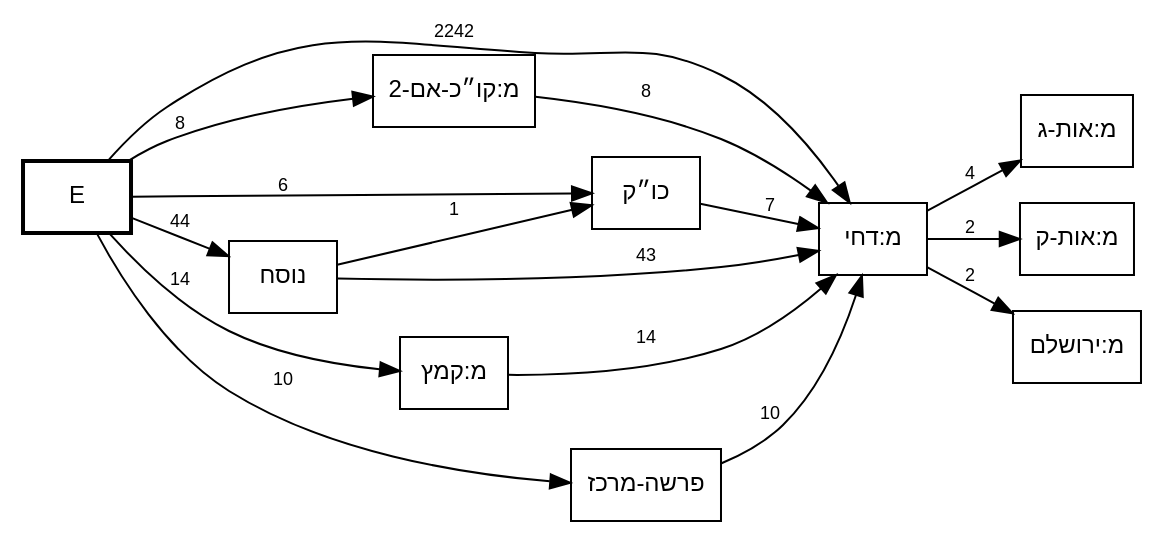
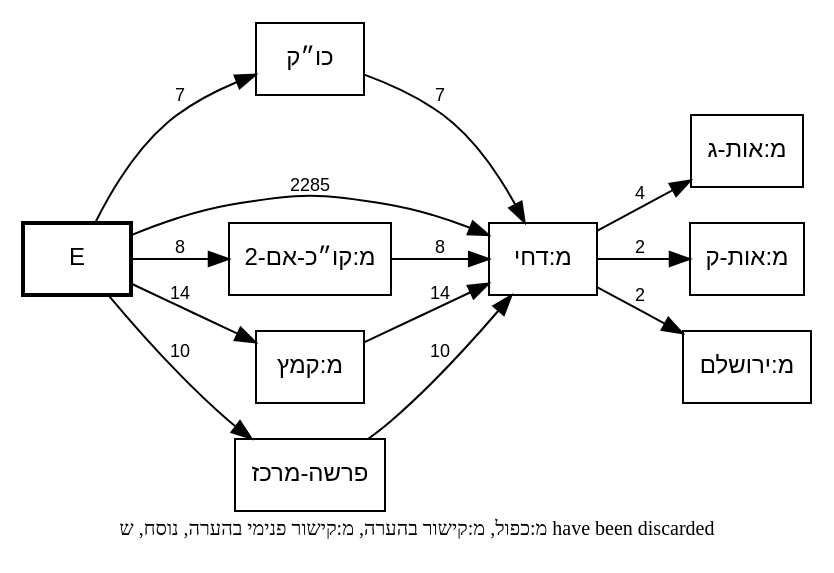
The diagram in out/MAM-tmpl-survey/plain-dchi-call-graph.dot (bdenckla/MAM-basics), drawn with Graphviz before and after one commit. The commit also changed 6 other files, not shown here.

First line of the commit message:
Refine focused template survey graphs: target-scoped counts + discard policy

```diff
--- a/out/MAM-tmpl-survey/plain-dchi-call-graph.dot
+++ b/out/MAM-tmpl-survey/plain-dchi-call-graph.dot
@@ -1,32 +1,32 @@
 // This file was generated by MAM-basics/py/main_tmpl_survey.py.
 // Do not edit by hand.
 digraph template_call_graph {
     rankdir=LR;
     node [fontname="SBL Hebrew,Helvetica", fontsize=12];
     edge [fontname="Helvetica", fontsize=9];
     graph [comment="This file was generated by MAM-basics/py/main_tmpl_survey.py."];
 
     // Column nodes
     node [shape=box, style=bold];
     "E";
 
     // Template nodes
     node [shape=box, style=""];
 
+    // Note
+    graph [label="מ:כפול, מ:קישור בהערה, מ:קישור פנימי בהערה, נוסח, ש have been discarded", labelloc=b, fontsize=10];
+
     // Edges
-    "E" -> "כו״ק" [label="6"];
-    "E" -> "מ:דחי" [label="2242"];
+    "E" -> "כו״ק" [label="7"];
+    "E" -> "מ:דחי" [label="2285"];
     "E" -> "מ:קו״כ-אם-2" [label="8"];
     "E" -> "מ:קמץ" [label="14"];
-    "E" -> "נוסח" [label="44"];
     "E" -> "פרשה-מרכז" [label="10"];
     "כו״ק" -> "מ:דחי" [label="7"];
     "מ:דחי" -> "מ:אות-ג" [label="4"];
     "מ:דחי" -> "מ:אות-ק" [label="2"];
     "מ:דחי" -> "מ:ירושלם" [label="2"];
     "מ:קו״כ-אם-2" -> "מ:דחי" [label="8"];
     "מ:קמץ" -> "מ:דחי" [label="14"];
-    "נוסח" -> "כו״ק" [label="1"];
-    "נוסח" -> "מ:דחי" [label="43"];
     "פרשה-מרכז" -> "מ:דחי" [label="10"];
 }
```
